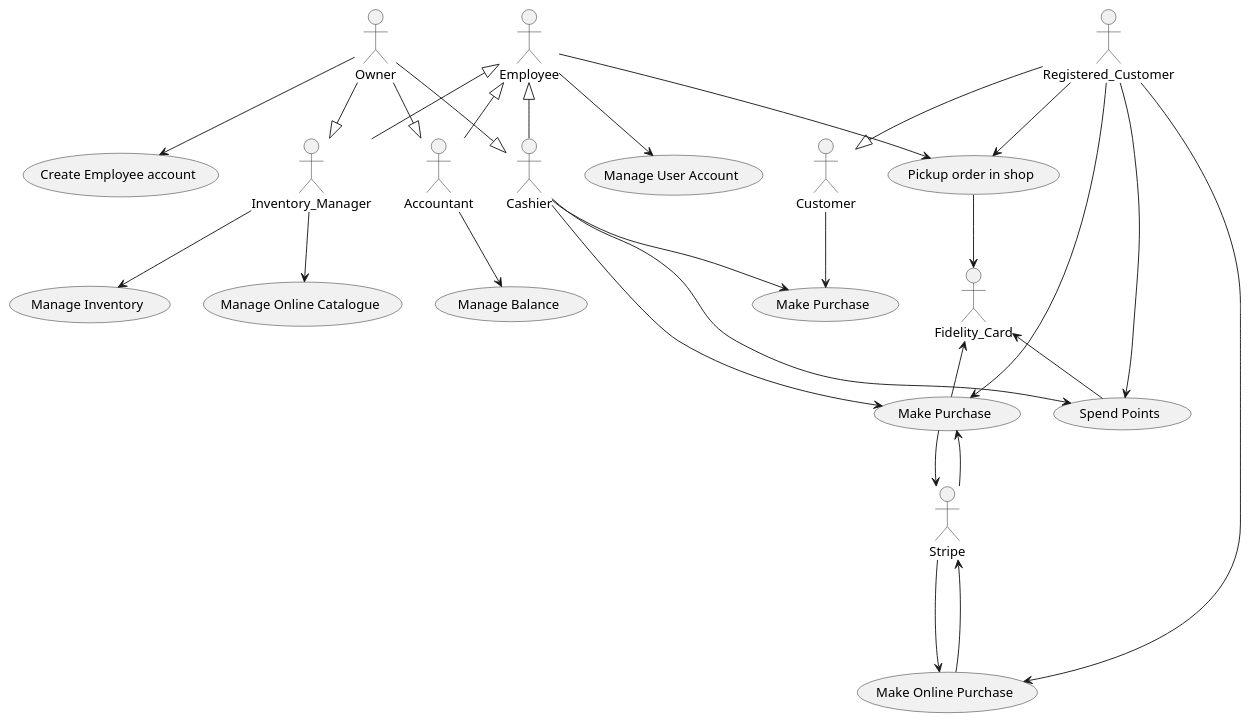
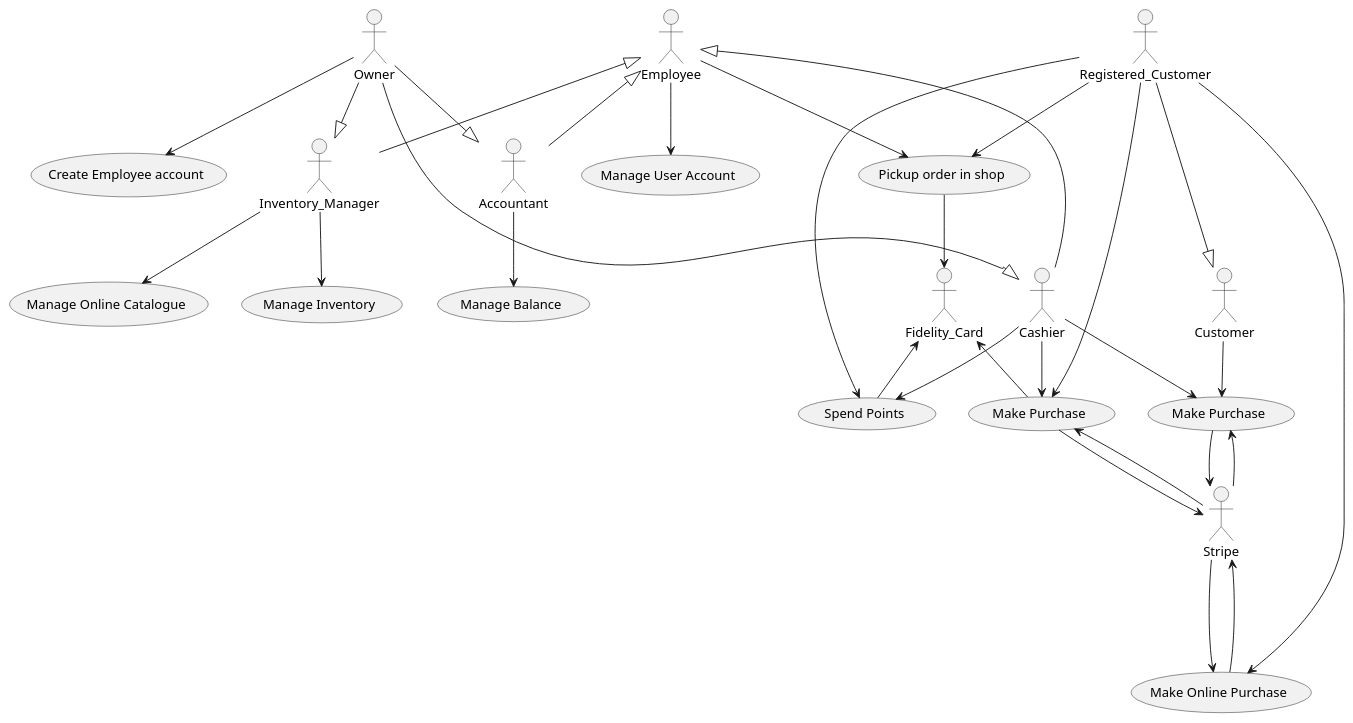
The second of 7 diagrams in Deliverables/RequirementsDocument.md (paolotron/EzshoProject31), drawn with PlantUML before and after one commit.

````diff
--- a/Deliverables/RequirementsDocument.md
+++ b/Deliverables/RequirementsDocument.md
@@ -221,41 +221,43 @@
 ```plantuml
 @startuml
 actor Owner
 actor Employee
 actor Customer
 actor Accountant
 actor Inventory_Manager
 actor Fidelity_Card
 actor Stripe
 (Make Purchase) as m1
 (Make Purchase) as m2
 Employee <|-- Inventory_Manager
 Employee <|-- Cashier
 Employee <|-- Accountant
 Owner --|> Inventory_Manager
 Owner --|> Cashier
 Owner --|> Accountant
 Employee --> (Manage User Account)
 Owner --> (Create Employee account)
 Registered_Customer --|> Customer
 Accountant --> (Manage Balance)
 Registered_Customer --> (Make Online Purchase)
 Stripe --> (Make Online Purchase)
 (Make Online Purchase) ---> Stripe 
 Customer --> m1
 Cashier --> m1
 Cashier --> m2
 Registered_Customer --> m2
 m2 --> Stripe
+m1 --> Stripe
 m2 <-- Stripe
+m1 <-- Stripe
 Fidelity_Card <-- m2
 Inventory_Manager --> (Manage Inventory)
 Inventory_Manager --> (Manage Online Catalogue)
 Registered_Customer --> (Spend Points)
 Cashier --> (Spend Points)
 Registered_Customer --> (Pickup order in shop)
 Employee --> (Pickup order in shop)
 (Pickup order in shop) --> Fidelity_Card
 Fidelity_Card <-- (Spend Points)
 @enduml
 ```
````
